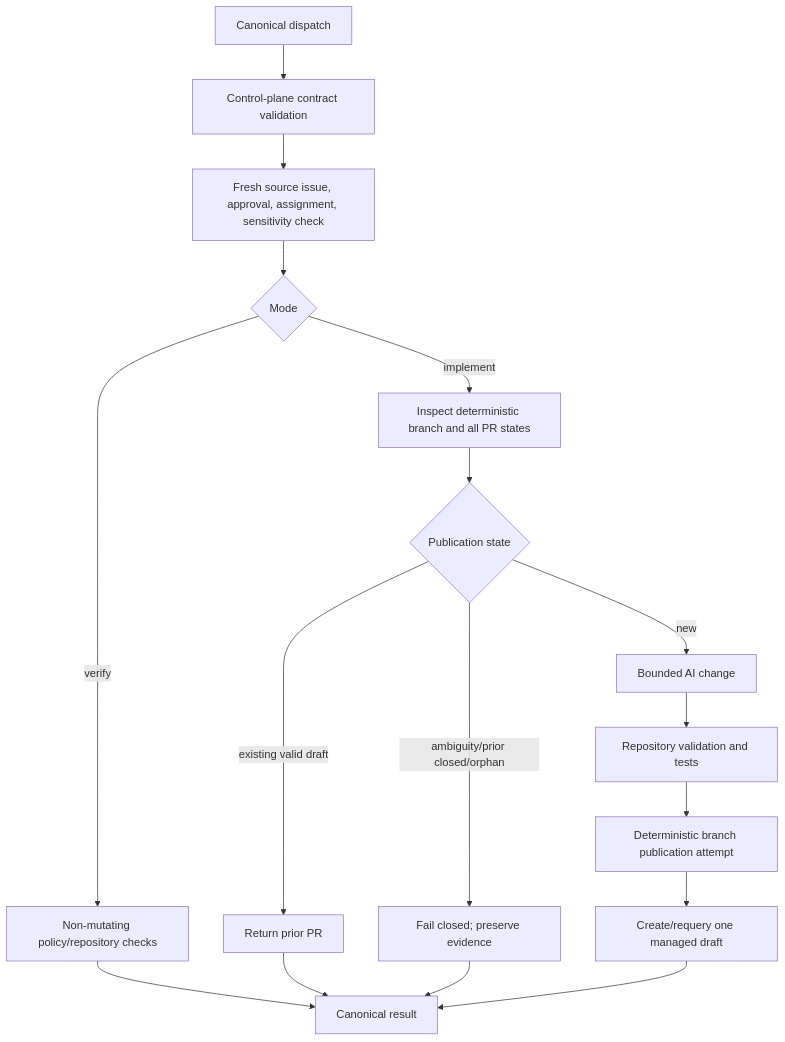
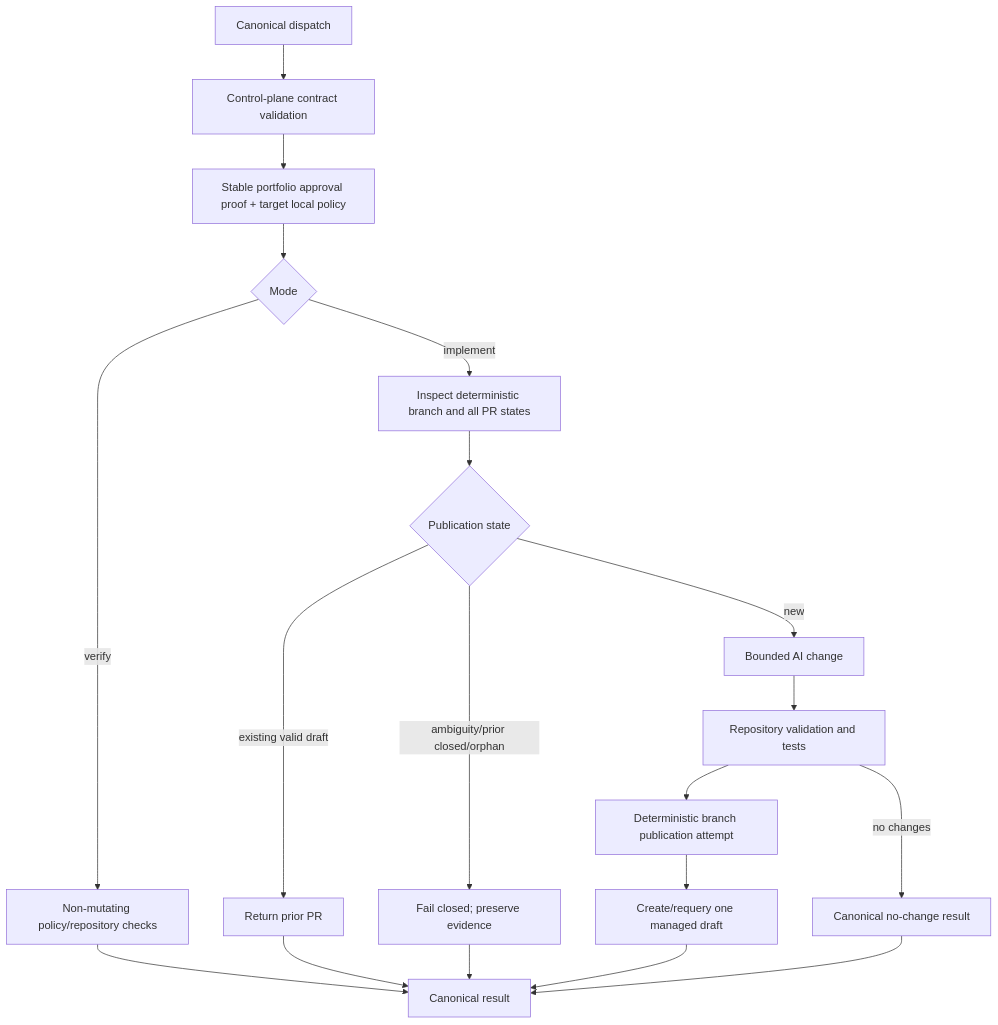
One commit to Young-Consultations/consulting-playbook changed the fourth of 4 diagrams in docs/architecture/DataFlow.md. Above: the diagram before and after it, drawn with Mermaid. The commit also changed other lines of this file and 21 other files, not shown here.

````diff
--- a/docs/architecture/DataFlow.md
+++ b/docs/architecture/DataFlow.md
@@ -108,19 +108,21 @@
 ```mermaid
 flowchart TD
   Dispatch[Canonical dispatch] --> Schema[Control-plane contract validation]
-  Schema --> Fresh[Fresh source issue, approval, assignment, sensitivity check]
-  Fresh --> Mode{Mode}
+  Schema --> Proof[Stable portfolio approval proof + target local policy]
+  Proof --> Mode{Mode}
   Mode -- verify --> Checks[Non-mutating policy/repository checks]
   Checks --> Result[Canonical result]
   Mode -- implement --> Preflight[Inspect deterministic branch and all PR states]
   Preflight --> State{Publication state}
   State -- existing valid draft --> Reuse[Return prior PR]
   State -- ambiguity/prior closed/orphan --> Block[Fail closed; preserve evidence]
   State -- new --> Change[Bounded AI change]
   Change --> Validate[Repository validation and tests]
+  Validate -- no changes --> NoChange[Canonical no-change result]
   Validate --> Commit[Deterministic branch publication attempt]
   Commit --> Draft[Create/requery one managed draft]
   Reuse --> Result
   Block --> Result
   Draft --> Result
+  NoChange --> Result
 ```
````
